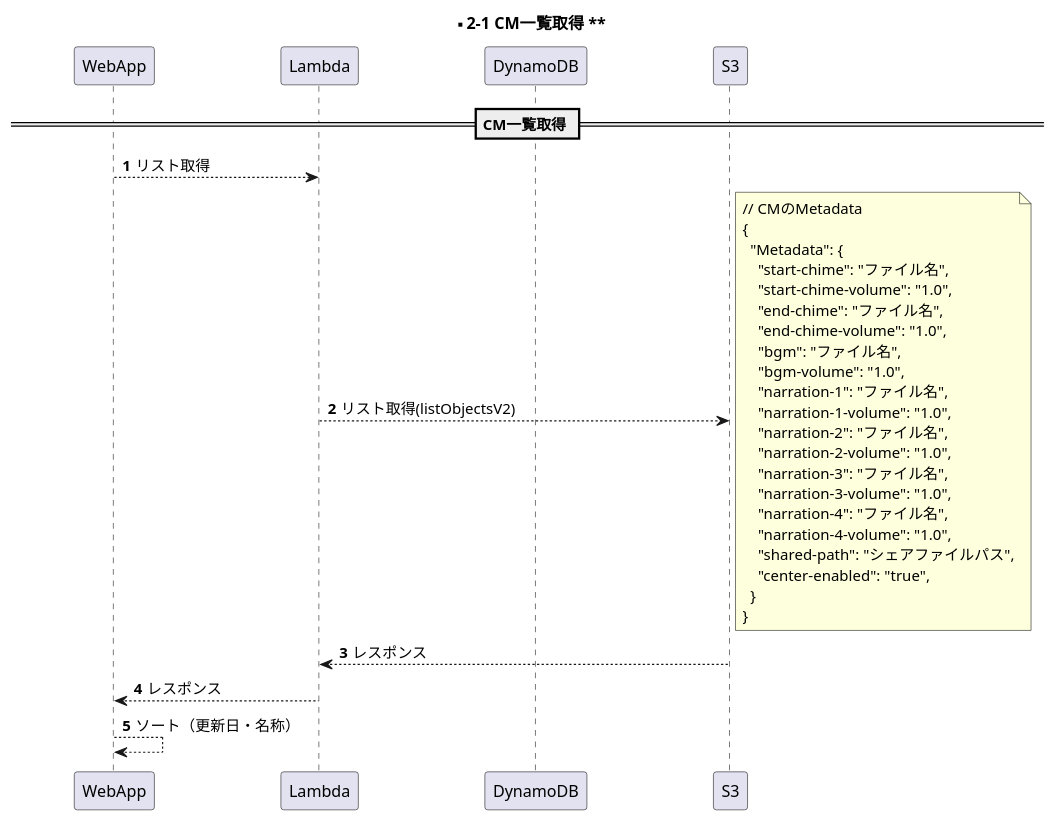
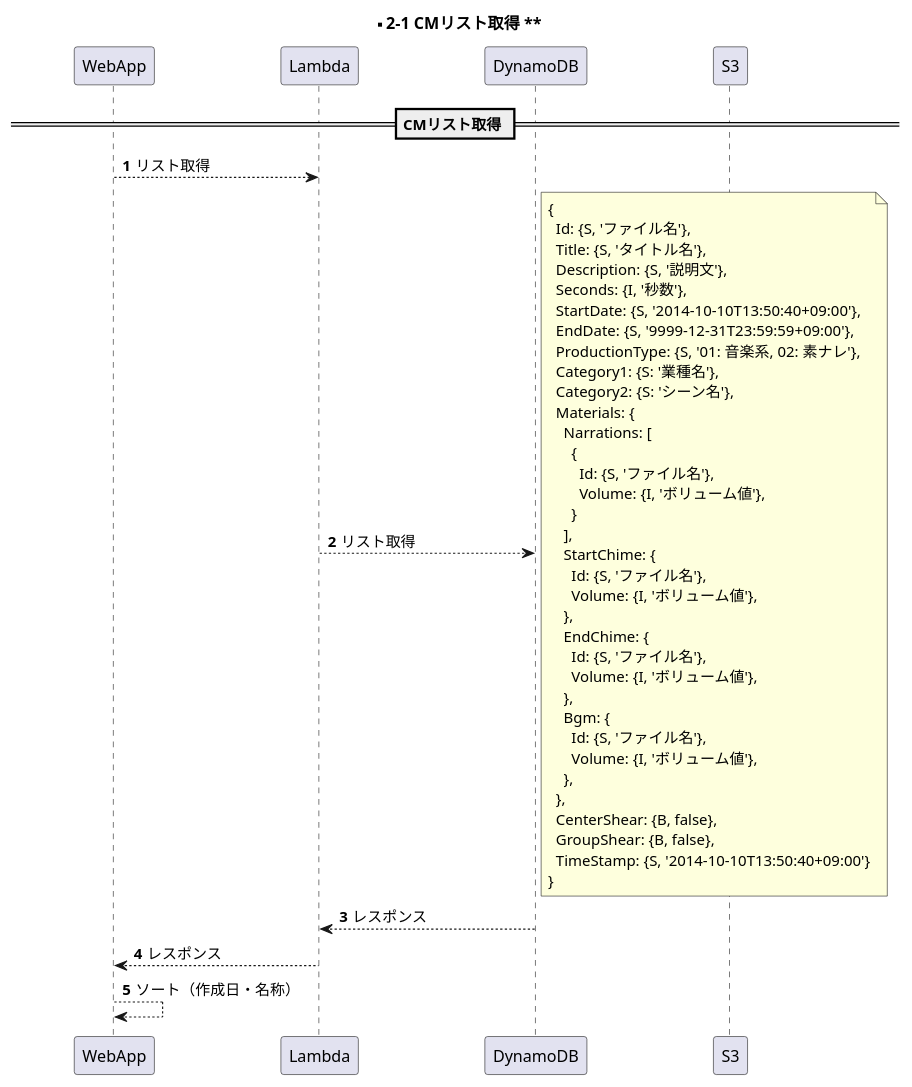
Before and after one commit to y-watanabe-usen/umesse-test: the diagram in documents/uml/s2-1.wsd, drawn with PlantUML. The commit also changed 9 other files, not shown here.

```diff
--- a/documents/uml/s2-1.wsd
+++ b/documents/uml/s2-1.wsd
@@ -1,42 +1,55 @@
 @startuml s2-1
 
 participant WebApp order 1
 participant Lambda order 2
 participant DynamoDB order 3
 participant S3 order 4
 skinparam ParticipantPadding 50
 autonumber
 
-title ** 2-1 CM一覧取得 **
+title ** 2-1 CMリスト取得 **
 
-== CM一覧取得 ==
+== CMリスト取得 ==
 WebApp --> Lambda: リスト取得
-Lambda --> S3: リスト取得(listObjectsV2)
+Lambda --> DynamoDB: リスト取得
 note right
-// CMのMetadata
 {
-  "Metadata": {
-    "start-chime": "ファイル名",
-    "start-chime-volume": "1.0",
-    "end-chime": "ファイル名",
-    "end-chime-volume": "1.0",
-    "bgm": "ファイル名",
-    "bgm-volume": "1.0",
-    "narration-1": "ファイル名",
-    "narration-1-volume": "1.0",
-    "narration-2": "ファイル名",
-    "narration-2-volume": "1.0",
-    "narration-3": "ファイル名",
-    "narration-3-volume": "1.0",
-    "narration-4": "ファイル名",
-    "narration-4-volume": "1.0",
-    "shared-path": "シェアファイルパス",
-    "center-enabled": "true",
-  }
+  Id: {S, 'ファイル名'},
+  Title: {S, 'タイトル名'},
+  Description: {S, '説明文'},
+  Seconds: {I, '秒数'},
+  StartDate: {S, '2014-10-10T13:50:40+09:00'},
+  EndDate: {S, '9999-12-31T23:59:59+09:00'},
+  ProductionType: {S, '01: 音楽系, 02: 素ナレ'},
+  Category1: {S: '業種名'},
+  Category2: {S: 'シーン名'},
+  Materials: {
+    Narrations: [
+      {
+        Id: {S, 'ファイル名'},
+        Volume: {I, 'ボリューム値'},
+      }
+    ],
+    StartChime: {
+      Id: {S, 'ファイル名'},
+      Volume: {I, 'ボリューム値'},
+    },
+    EndChime: {
+      Id: {S, 'ファイル名'},
+      Volume: {I, 'ボリューム値'},
+    },
+    Bgm: {
+      Id: {S, 'ファイル名'},
+      Volume: {I, 'ボリューム値'},
+    },
+  },
+  CenterShear: {B, false},
+  GroupShear: {B, false},
+  TimeStamp: {S, '2014-10-10T13:50:40+09:00'}
 }
 end note
-Lambda <-- S3: レスポンス
+Lambda <-- DynamoDB: レスポンス
 WebApp <-- Lambda: レスポンス
-WebApp --> WebApp: ソート（更新日・名称）
+WebApp --> WebApp: ソート（作成日・名称）
 
 @enduml
```
